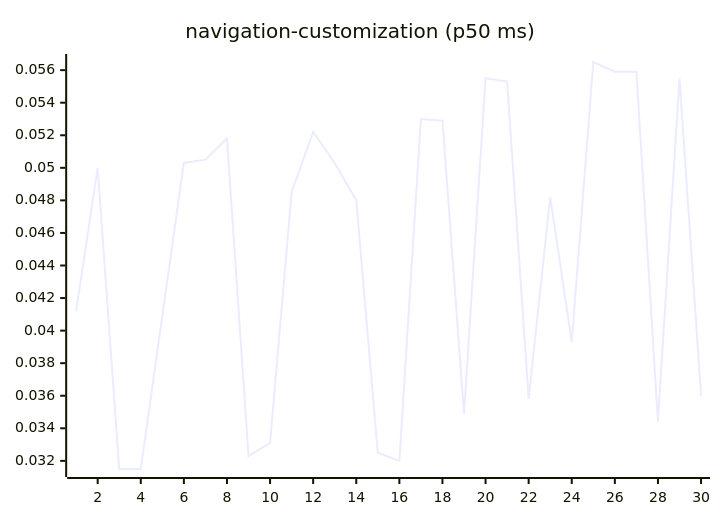
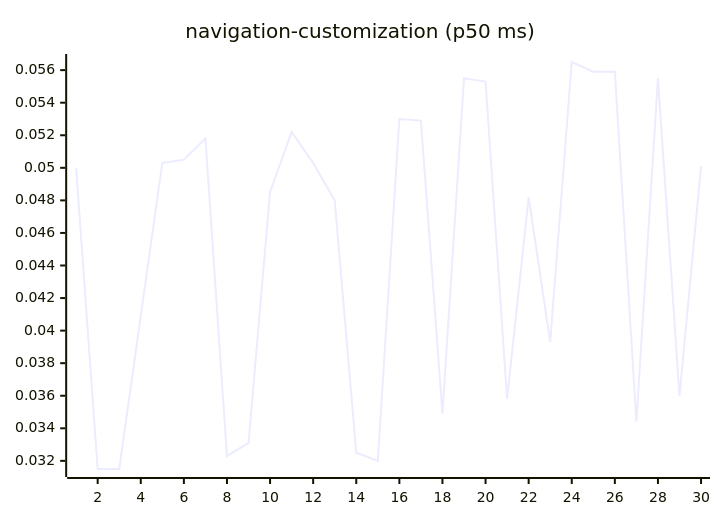
One commit to josha/Facet changed diagram 15 of 27 in README.md. Above: the diagram before and after it, drawn with Mermaid. The commit also changed other lines of this file and 2 other files, not shown here.

````diff
--- a/README.md
+++ b/README.md
@@ -161,6 +161,6 @@
 ```mermaid
 xychart-beta
     title "navigation-customization (p50 ms)"
     x-axis 1 --> 30
-    line [0.0412, 0.0500, 0.0315, 0.0315, 0.0409, 0.0503, 0.0505, 0.0518, 0.0323, 0.0331, 0.0485, 0.0522, 0.0503, 0.0480, 0.0325, 0.0320, 0.0530, 0.0529, 0.0349, 0.0555, 0.0553, 0.0358, 0.0482, 0.0393, 0.0565, 0.0559, 0.0559, 0.0344, 0.0555, 0.0360]
+    line [0.0500, 0.0315, 0.0315, 0.0409, 0.0503, 0.0505, 0.0518, 0.0323, 0.0331, 0.0485, 0.0522, 0.0503, 0.0480, 0.0325, 0.0320, 0.0530, 0.0529, 0.0349, 0.0555, 0.0553, 0.0358, 0.0482, 0.0393, 0.0565, 0.0559, 0.0559, 0.0344, 0.0555, 0.0360, 0.0501]
 ```
````
